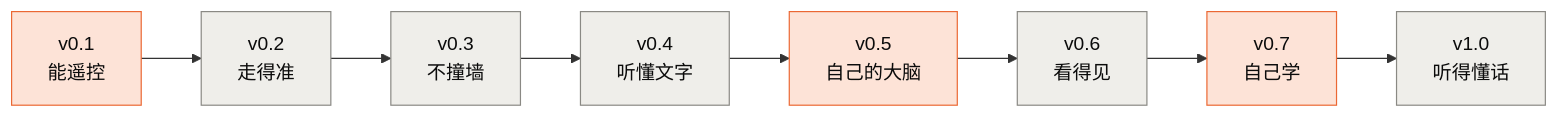
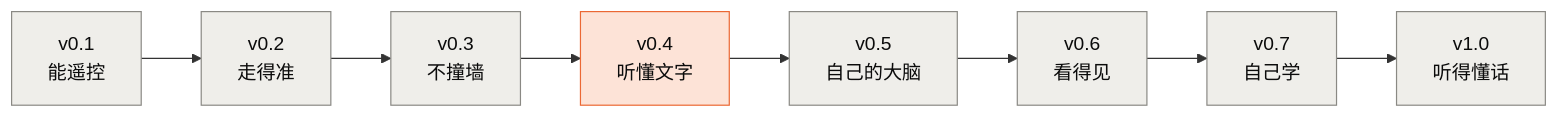
Before and after one commit to OGGIoao/roots-ai: the diagram in README.md, drawn with Mermaid. The commit also changed other lines of this file and 314 other files, not shown here.

````diff
--- a/README.md
+++ b/README.md
@@ -18,9 +26,9 @@
 ```mermaid
 flowchart LR
     V01["v0.1<br/>能遥控"] --> V02["v0.2<br/>走得准"] --> V03["v0.3<br/>不撞墙"] --> V04["v0.4<br/>听懂文字"]
     V04 --> V05["v0.5<br/>自己的大脑"] --> V06["v0.6<br/>看得见"] --> V07["v0.7<br/>自己学"] --> V10["v1.0<br/>听得懂话"]
     classDef doing fill:#fde3d7,stroke:#eb6834,color:#0b0b0b
     classDef todo fill:#efeeea,stroke:#8a8984,color:#0b0b0b
-    class V01,V05,V07 doing
-    class V02,V03,V04,V06,V10 todo
+    class V04 doing
+    class V01,V02,V03,V05,V06,V07,V10 todo
 ```
````
